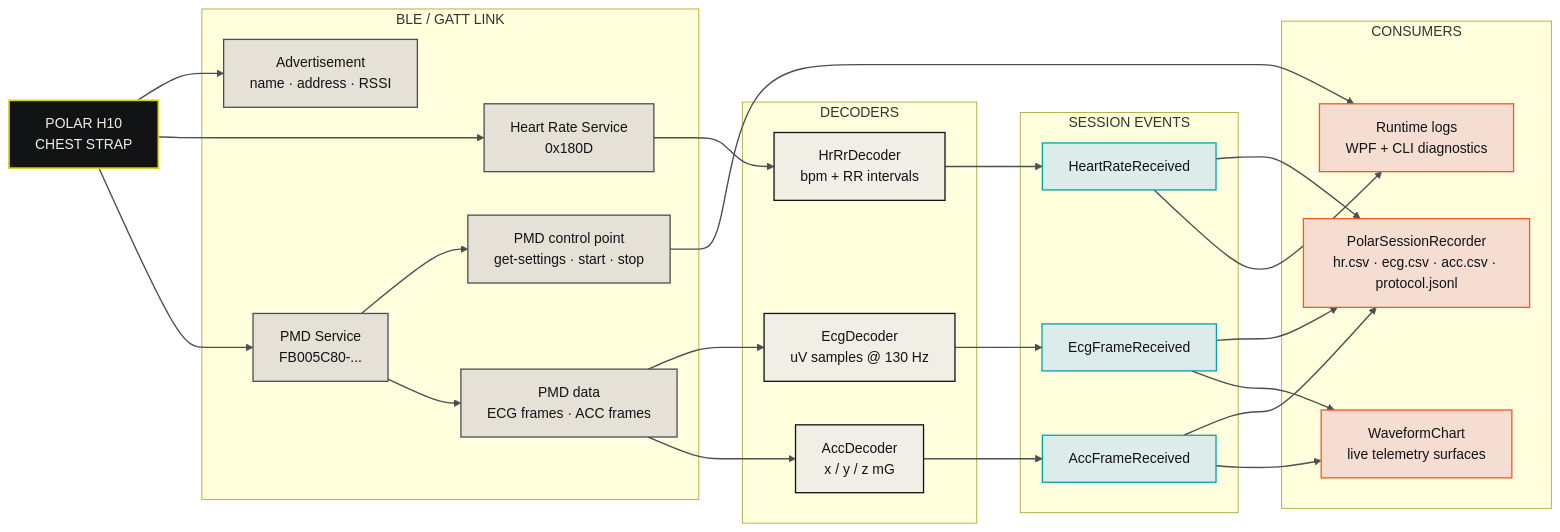
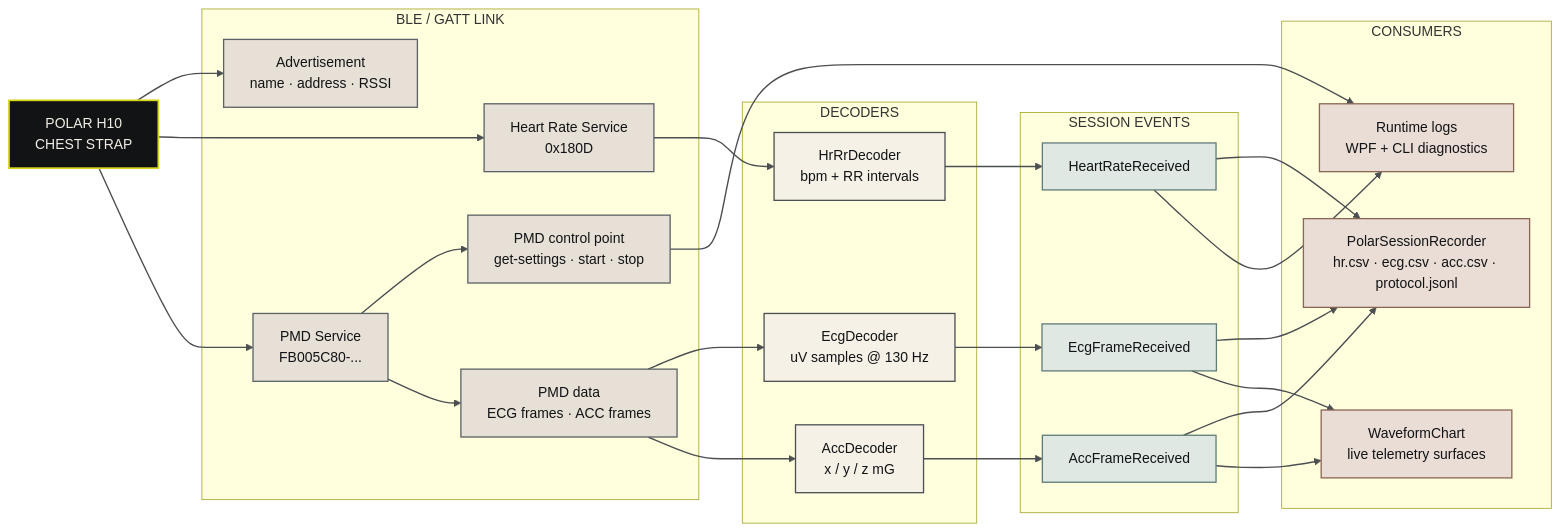
The diagram in docs/diagrams/data-flow.mmd (MesmerPrism/PolarH10), drawn with Mermaid before and after one commit. The commit also changed 11 other files, not shown here.

Commit message:
Soften Mermaid palette and viewer backgrounds

```diff
--- a/docs/diagrams/data-flow.mmd
+++ b/docs/diagrams/data-flow.mmd
@@ -1,60 +1,60 @@
 %% Live data path from the Polar H10 into runtime consumers.
 
 flowchart LR
     H10["POLAR H10<br/>CHEST STRAP"]
 
     subgraph Link["BLE / GATT LINK"]
         ADV["Advertisement<br/>name · address · RSSI"]
         HRS["Heart Rate Service<br/>0x180D"]
         PMD["PMD Service<br/>FB005C80-..."]
         CTRL["PMD control point<br/>get-settings · start · stop"]
         DATA["PMD data<br/>ECG frames · ACC frames"]
     end
 
     subgraph Decode["DECODERS"]
         DHR["HrRrDecoder<br/>bpm + RR intervals"]
         DECG["EcgDecoder<br/>uV samples @ 130 Hz"]
         DACC["AccDecoder<br/>x / y / z mG"]
     end
 
     subgraph Session["SESSION EVENTS"]
         SHR["HeartRateReceived"]
         SECG["EcgFrameReceived"]
         SACC["AccFrameReceived"]
     end
 
     subgraph Output["CONSUMERS"]
         REC["PolarSessionRecorder<br/>hr.csv · ecg.csv · acc.csv · protocol.jsonl"]
         CHART["WaveformChart<br/>live telemetry surfaces"]
         LOG["Runtime logs<br/>WPF + CLI diagnostics"]
     end
 
     H10 --> ADV
     H10 --> HRS
     H10 --> PMD
     PMD --> CTRL
     PMD --> DATA
 
     HRS --> DHR --> SHR
     DATA --> DECG --> SECG
     DATA --> DACC --> SACC
 
     SHR --> REC
     SECG --> REC
     SACC --> REC
     SHR --> LOG
     SECG --> CHART
     SACC --> CHART
     CTRL --> LOG
 
     classDef hardware fill:#111315,stroke:#D8D61A,color:#F1EEE6,stroke-width:2px;
-    classDef link fill:#E6E1D7,stroke:#4B4F52,color:#111315,stroke-width:1.5px;
-    classDef decode fill:#F1EEE6,stroke:#111315,color:#111315,stroke-width:1.5px;
-    classDef session fill:#DCECEB,stroke:#00A7A0,color:#111315,stroke-width:1.5px;
-    classDef output fill:#F6DDD2,stroke:#F05A22,color:#111315,stroke-width:1.5px;
+    classDef link fill:#E7E0D6,stroke:#5B6266,color:#111315,stroke-width:1.5px;
+    classDef decode fill:#F6F1E7,stroke:#4B4F52,color:#111315,stroke-width:1.5px;
+    classDef session fill:#E0E8E4,stroke:#607C78,color:#111315,stroke-width:1.5px;
+    classDef output fill:#EADDD5,stroke:#8B6656,color:#111315,stroke-width:1.5px;
     class H10 hardware;
     class ADV,HRS,PMD,CTRL,DATA link;
     class DHR,DECG,DACC decode;
     class SHR,SECG,SACC session;
     class REC,CHART,LOG output;
     linkStyle default stroke:#4B4F52,stroke-width:1.6px;
```
